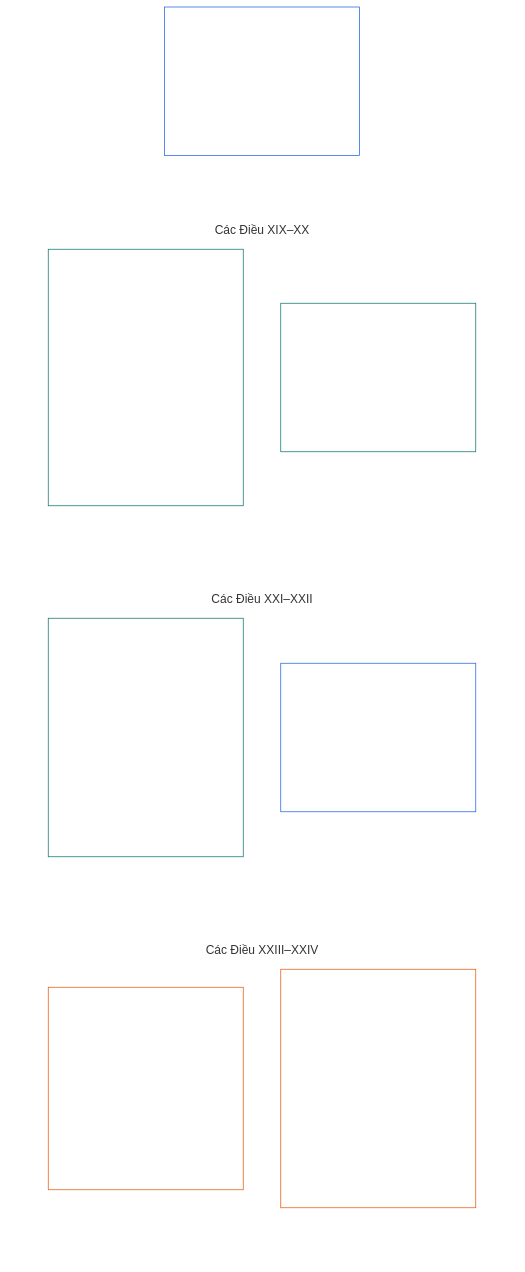
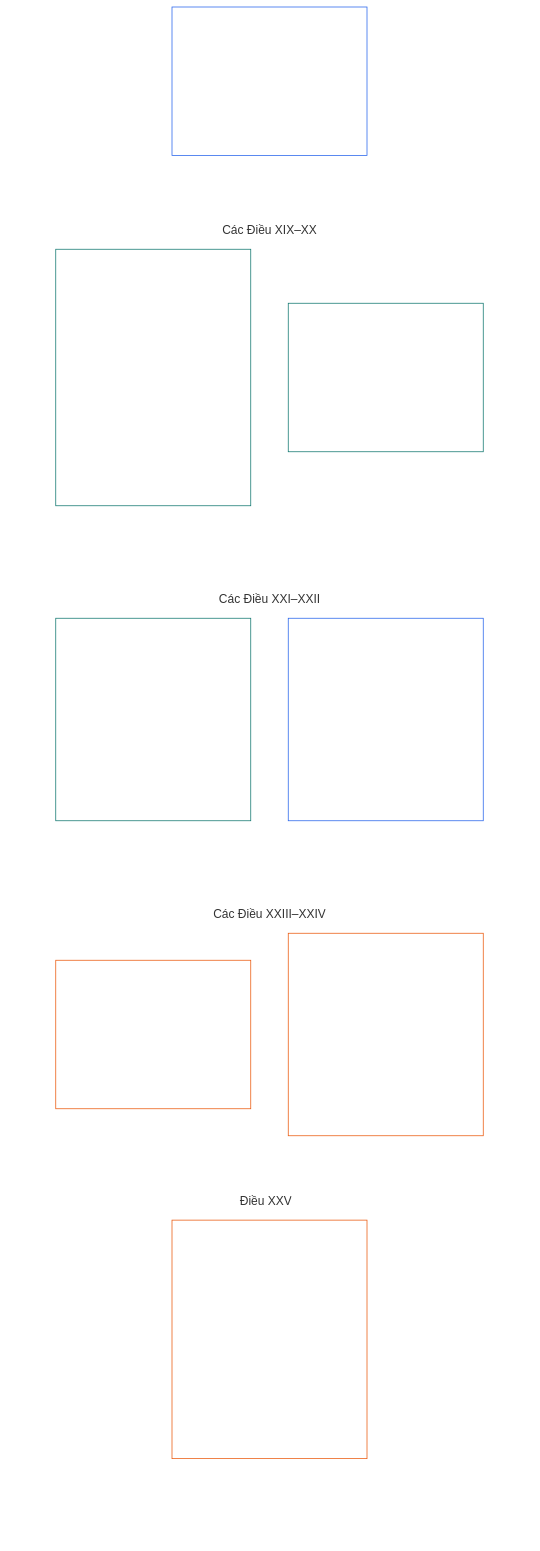
One commit to kfoelsch/Sentient_Constitution changed the diagram in translations/vi/core_06_rights_part_d.md. Above: the diagram before and after it, drawn with Mermaid. The commit also changed other lines of this file and 353 other files, not shown here.

````diff
--- a/translations/vi/core_06_rights_part_d.md
+++ b/translations/vi/core_06_rights_part_d.md
@@ -40,36 +40,42 @@
 ```mermaid
 flowchart TB
     D0["Phần D<br/><br/>Tư cách khởi kiện, công lý, khả năng tương tác,<br/>tính dễ hiểu, rà soát nguyên nhân gốc và diễn giải hiến pháp"]
     subgraph Dgrid[" "]
         direction TB
         subgraph Drow1["Các Điều XIX–XX"]
-            D1["Điều XIX · Tư cách khởi kiện và tình trạng tham gia<br/><br/>• Phân biệt tư cách khởi kiện<br/>• Quyền phản đối và giới hạn hạn chế tương xứng<br/>• Điều kiện đủ, trách nhiệm và kiểm toán liên tục của lộ trình định danh<br/>• Di chuyển, tị nạn và không rơi vào tình trạng vô quốc tịch"]
+            D1["Điều XIX · Tư cách khởi kiện và tình trạng tham gia<br/><br/>• Phân biệt tư cách khởi kiện<br/>• Quyền phản đối và giới hạn hạn chế tương xứng<br/>• Đóng góp, rào cản năng lực và điều kiện đủ của lộ trình định danh<br/>• Vi phạm, khóa tư cách và khóa đặc biệt đối với bỏ phiếu"]
             D2["Điều XX · Công lý sau vi phạm đã xác minh<br/><br/>• Mục tiêu và phạm vi công lý<br/>• Ngưỡng tối thiểu đối với hạn chế"]
         end
         subgraph Drow2["Các Điều XXI–XXII"]
-            D3["Điều XXI · Khả năng tương tác, tính di chuyển, di chuyển, tị nạn và tính toàn vẹn của việc rời đi<br/><br/>• Tính di chuyển<br/>• Ranh giới tương tác có đi có lại<br/>• Quy tắc chống khóa chặt<br/>• Di chuyển, di cư, tị nạn và không rơi vào tình trạng vô quốc tịch"]
-            D4["Điều XXII · Tính dễ hiểu và quản trị độ phức tạp<br/><br/>• Quyền được hiểu ở mức tương xứng<br/>• Kiểm toán độ phức tạp và yêu cầu mô-đun hóa"]
+            D3["Điều XXI · Khả năng tương tác, tính di động và tính toàn vẹn khi rời đi<br/><br/>• Quyền về tính di động<br/>• Ranh giới tương tác có đi có lại<br/>• Quy tắc chống khóa chặt<br/>• Định dạng và tiêu chuẩn mở"]
+            D4["Điều XXII · Di chuyển, di cư, lánh nạn và không quốc tịch<br/><br/>• Di chuyển và tái định cư<br/>• Lánh nạn khỏi tình trạng không tuân thủ<br/>• Không quốc tịch<br/>• Giới hạn, giam giữ và kỷ luật khẩn cấp"]
         end
         subgraph Drow3["Các Điều XXIII–XXIV"]
-            D5["Điều XXIII · Phân tích nguyên nhân gốc và ứng phó thích ứng<br/><br/>• Nghiêm ngặt trong chẩn đoán và quy kết nguyên nhân<br/>• Khả năng kiểm toán, phản đối và ưu tiên khả năng đảo ngược"]
-            D6["Điều XXIV · Diễn giải hiến pháp, rà soát và biện pháp bảo vệ chống chiếm đoạt<br/><br/>• Thẩm quyền diễn giải có giới hạn<br/>• Thành phần, luân phiên và kiểm soát xung đột<br/>• Lý do công khai, quyền phản đối và rà soát bên ngoài<br/>• Bãi nhiệm và chống cố thủ"]
+            D5["Điều XXIII · Tính dễ hiểu và quản trị độ phức tạp<br/><br/>• Quyền được hiểu tương xứng<br/>• Kiểm toán độ phức tạp và yêu cầu mô-đun hóa"]
+            D6["Điều XXIV · Phân tích nguyên nhân gốc và ứng phó thích ứng<br/><br/>• Nghiêm ngặt trong chẩn đoán và quy kết nguyên nhân<br/>• Khả năng kiểm toán, phản đối và ưu tiên tính đảo ngược"]
+        subgraph Drow4["Điều XXV"]
+            D7["Điều XXV · Diễn giải hiến pháp, rà soát và biện pháp bảo vệ chống chiếm đoạt<br/><br/>• Thẩm quyền diễn giải có giới hạn và lý do công khai<br/>• Quyền phản đối và rà soát độc lập<br/>• Tính độc lập của diễn đàn và rà soát bên ngoài<br/>• Bãi nhiệm có căn cứ và chống cố thủ"]
+        end
         end
     end
     %% Các liên kết vô hình buộc bố cục thành lưới hai cột: mỗi liên kết đặt đích thấp hơn một cấp.
     D0 ~~~ D1 & D2
     D1 ~~~ D3
     D2 ~~~ D4
     D3 ~~~ D5
     D4 ~~~ D6
+    D5 & D6 ~~~ D7
     style Dgrid fill:none,stroke:none
     style Drow1 fill:none,stroke:none
     style Drow2 fill:none,stroke:none
     style Drow3 fill:none,stroke:none
+    style Drow4 fill:none,stroke:none
     style D0 fill:none,stroke:#2563eb,color:#ffffff
     style D1 fill:none,stroke:#0f766e,color:#ffffff
     style D2 fill:none,stroke:#0f766e,color:#ffffff
     style D3 fill:none,stroke:#0f766e,color:#ffffff
     style D4 fill:none,stroke:#2563eb,color:#ffffff
     style D5 fill:none,stroke:#ea580c,color:#ffffff
     style D6 fill:none,stroke:#ea580c,color:#ffffff
+    style D7 fill:none,stroke:#ea580c,color:#ffffff
 ```
````
